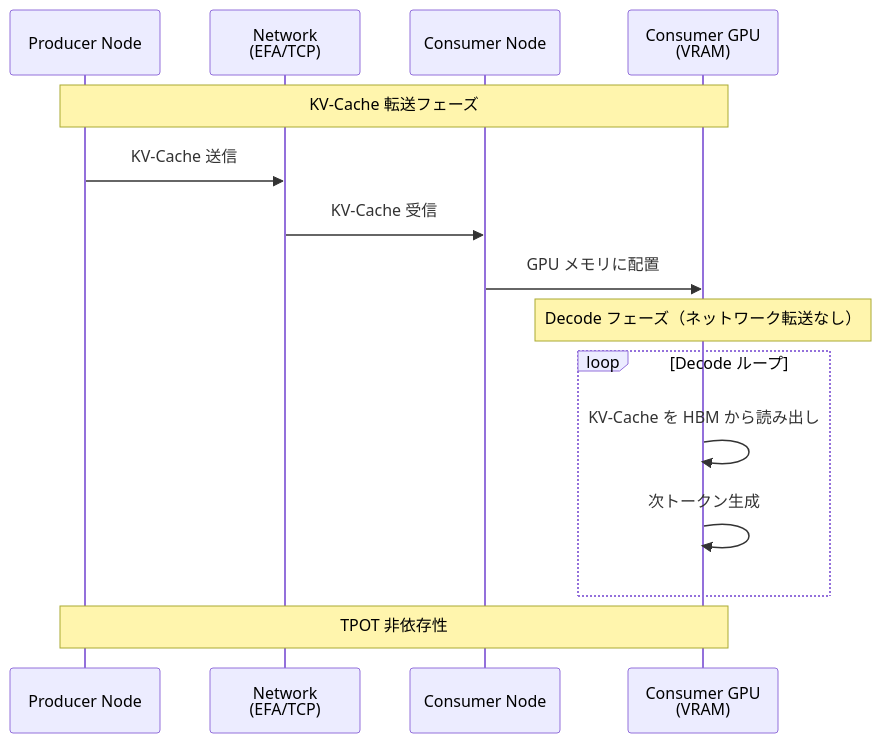
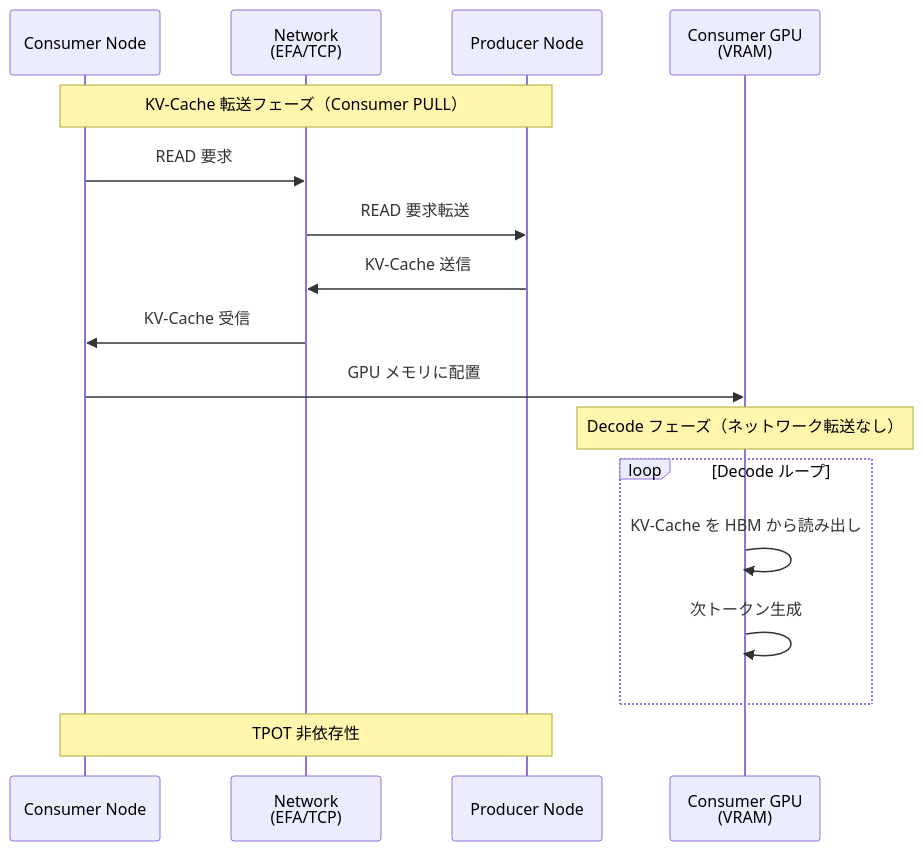
Before and after one commit to littlemex/zenn: the fifth of 14 diagrams in articles/3dd524130320d3.md, drawn with Mermaid. The commit also changed other lines of this file, not shown here.

````diff
--- a/articles/3dd524130320d3.md
+++ b/articles/3dd524130320d3.md
@@ -760,17 +179,19 @@
 ```mermaid
 sequenceDiagram
+    participant Consumer as Consumer Node
+    participant Network as Network<br/>(EFA/TCP)
     participant Producer as Producer Node
-    participant Network as Network<br/>(EFA/TCP)
-    participant Consumer as Consumer Node
     participant Consumer_GPU as Consumer GPU<br/>(VRAM)
-    Note over Producer,Consumer_GPU: KV-Cache 転送フェーズ
+    Note over Consumer,Producer: KV-Cache 転送フェーズ（Consumer PULL）
+    Consumer->>Network: READ 要求
+    Network->>Producer: READ 要求転送
     Producer->>Network: KV-Cache 送信
     Network->>Consumer: KV-Cache 受信
     Consumer->>Consumer_GPU: GPU メモリに配置
     Note over Consumer_GPU: Decode フェーズ（ネットワーク転送なし）
     loop Decode ループ
         Consumer_GPU->>Consumer_GPU: KV-Cache を HBM から読み出し
         Consumer_GPU->>Consumer_GPU: 次トークン生成
     end
-    Note over Producer,Consumer_GPU: TPOT 非依存性
+    Note over Consumer,Producer: TPOT 非依存性
 ```
````
